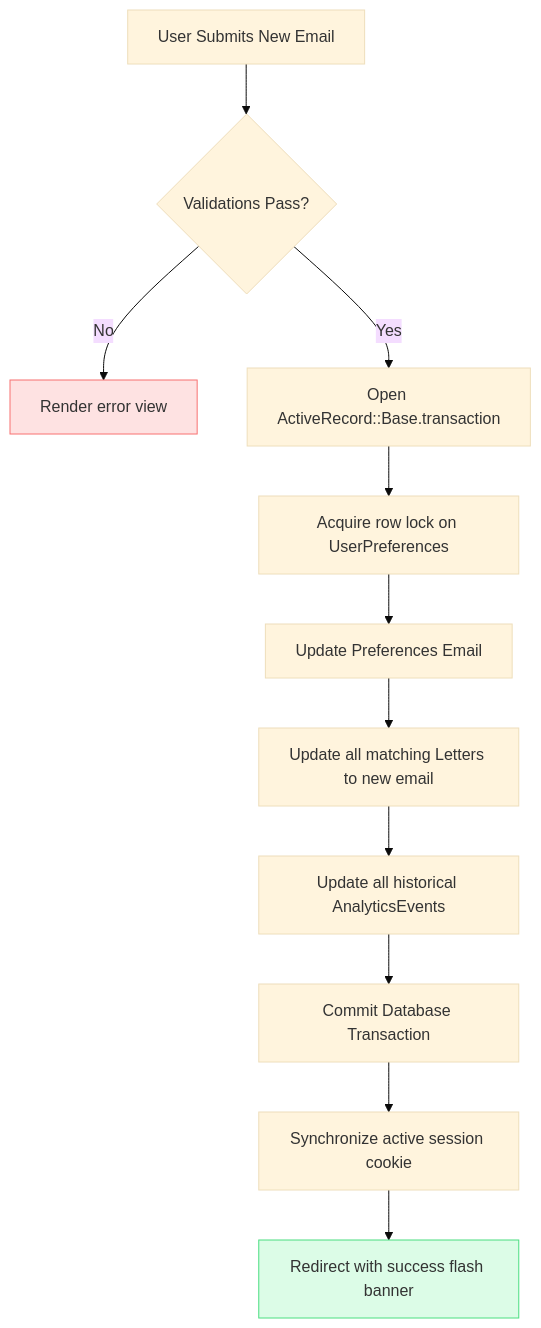
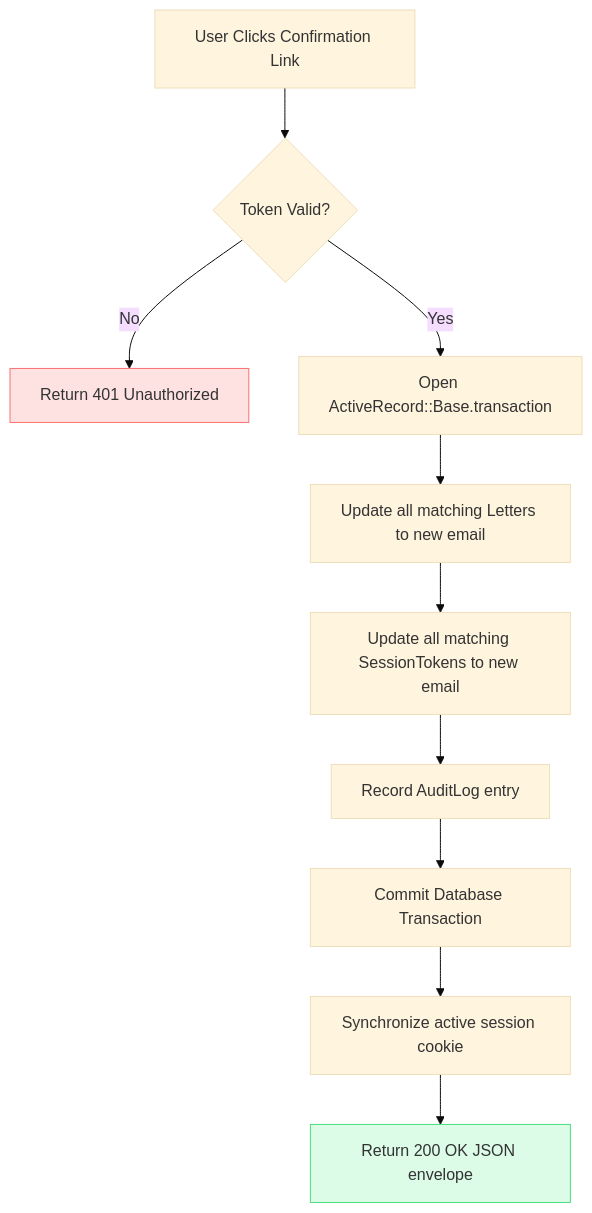
One commit to time-echo/time_echo changed the fourth of 5 diagrams in docs/architecture.md. Above: the diagram before and after it, drawn with Mermaid (base theme). The commit also changed other lines of this file and 351 other files, not shown here.

````diff
--- a/docs/architecture.md
+++ b/docs/architecture.md
@@ -263,20 +290,19 @@
 ```mermaid
 flowchart TD
-    Start[User Submits New Email] --> CheckValid{Validations Pass?}
-    CheckValid -- No --> RenderErr[Render error view]
+    Start[User Clicks Confirmation Link] --> CheckValid{Token Valid?}
+    CheckValid -- No --> RenderErr[Return 401 Unauthorized]
     CheckValid -- Yes --> StartTx[Open ActiveRecord::Base.transaction]
 
-    StartTx --> LockPref[Acquire row lock on UserPreferences]
-    LockPref --> UpdatePref[Update Preferences Email]
-    UpdatePref --> CascadeLetters[Update all matching Letters to new email]
-    CascadeLetters --> CascadeEvents[Update all historical AnalyticsEvents]
-    CascadeEvents --> CommitTx[Commit Database Transaction]
+    StartTx --> CascadeLetters[Update all matching Letters to new email]
+    CascadeLetters --> CascadeTokens[Update all matching SessionTokens to new email]
+    CascadeTokens --> RecordAudit[Record AuditLog entry]
+    RecordAudit --> CommitTx[Commit Database Transaction]
 
     CommitTx --> UpdateSession[Synchronize active session cookie]
-    UpdateSession --> Success[Redirect with success flash banner]
+    UpdateSession --> Success[Return 200 OK JSON envelope]
 
     classDef danger fill:#fee2e2,stroke:#f87171,stroke-width:1px;
     classDef success fill:#dcfce7,stroke:#4ade80,stroke-width:1px;
     class RenderErr danger;
     class Success success;
 ```
````
